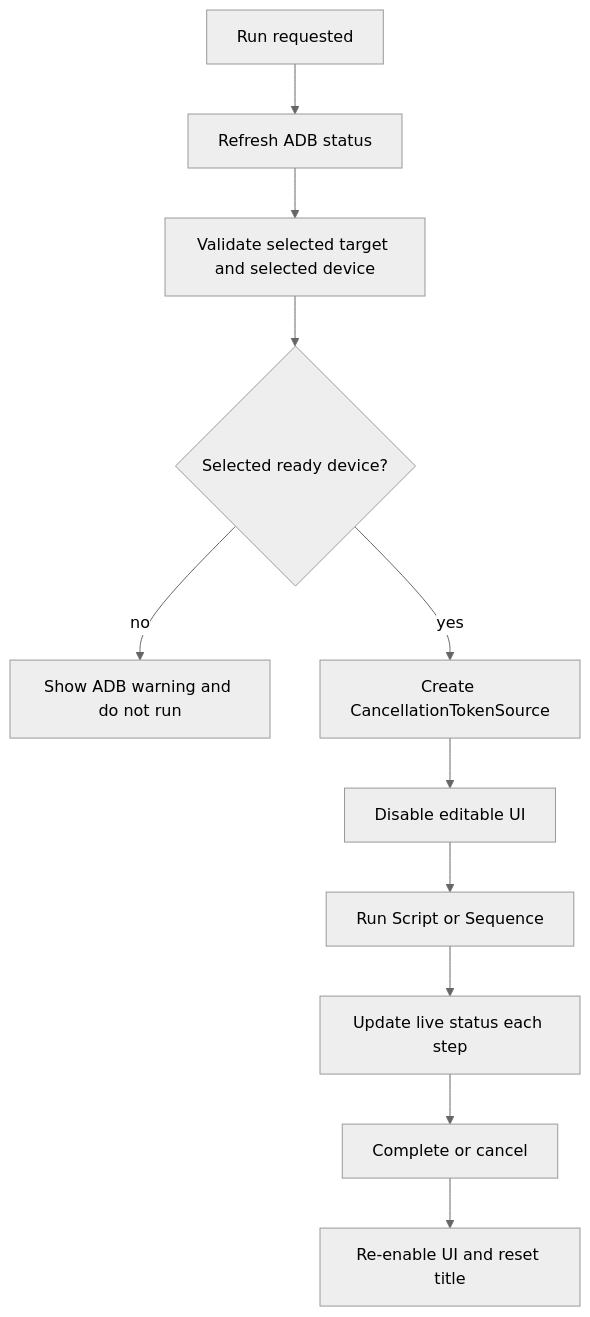
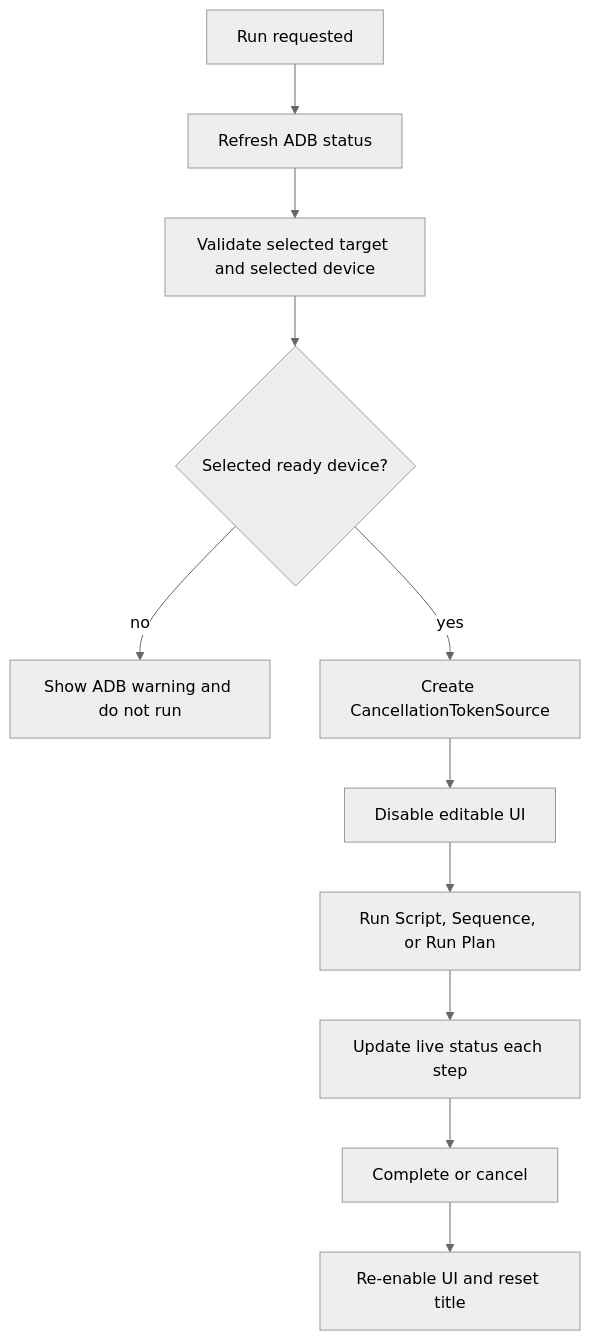
Before and after one commit to okp1988/Lazy_App_Codex_Core: the fourth of 4 diagrams in docs/ARCHITECTURE.md, drawn with Mermaid (neutral theme). The commit also changed other lines of this file and 13 other files, not shown here.

First line of the commit message:
feat: add run plans and sequence hide support

````diff
--- a/docs/ARCHITECTURE.md
+++ b/docs/ARCHITECTURE.md
@@ -147,13 +150,13 @@
 ```mermaid
 flowchart TD
     A["Run requested"] --> B["Refresh ADB status"]
     B --> C["Validate selected target and selected device"]
     C --> D{"Selected ready device?"}
     D -->|no| E["Show ADB warning and do not run"]
     D -->|yes| F["Create CancellationTokenSource"]
     F --> G["Disable editable UI"]
-    G --> H["Run Script or Sequence"]
+    G --> H["Run Script, Sequence, or Run Plan"]
     H --> I["Update live status each step"]
     I --> J["Complete or cancel"]
     J --> K["Re-enable UI and reset title"]
 ```
````
